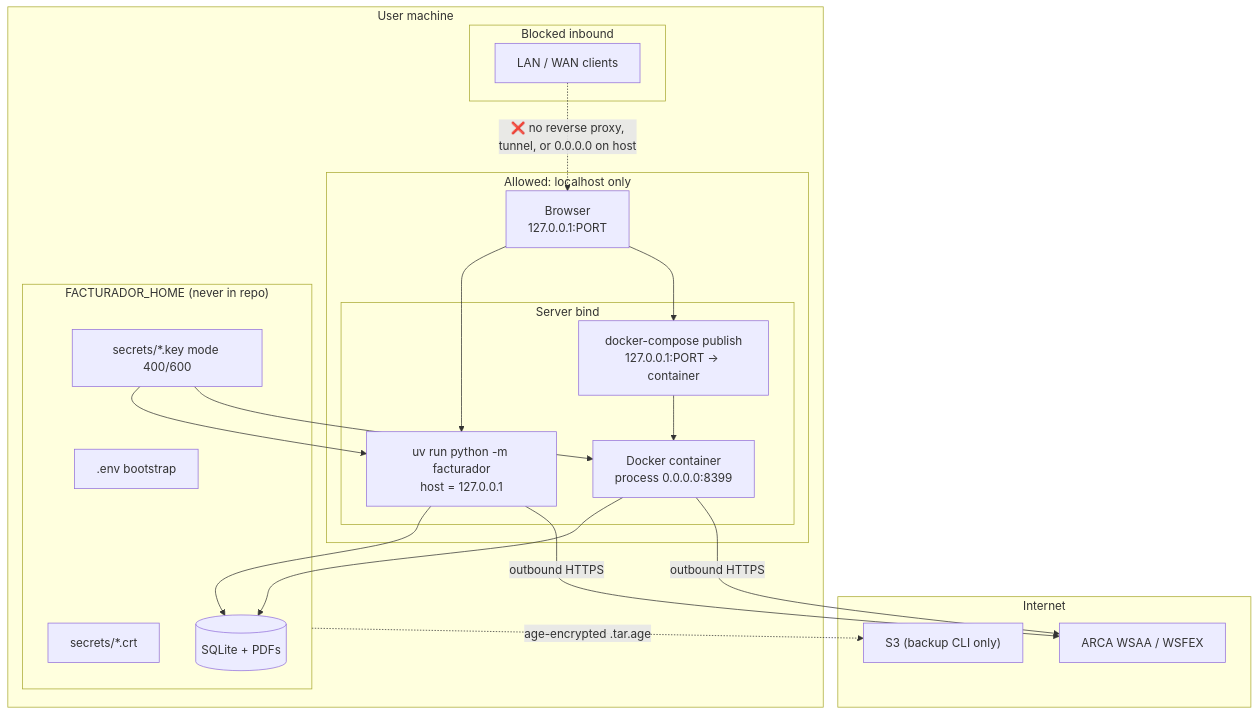
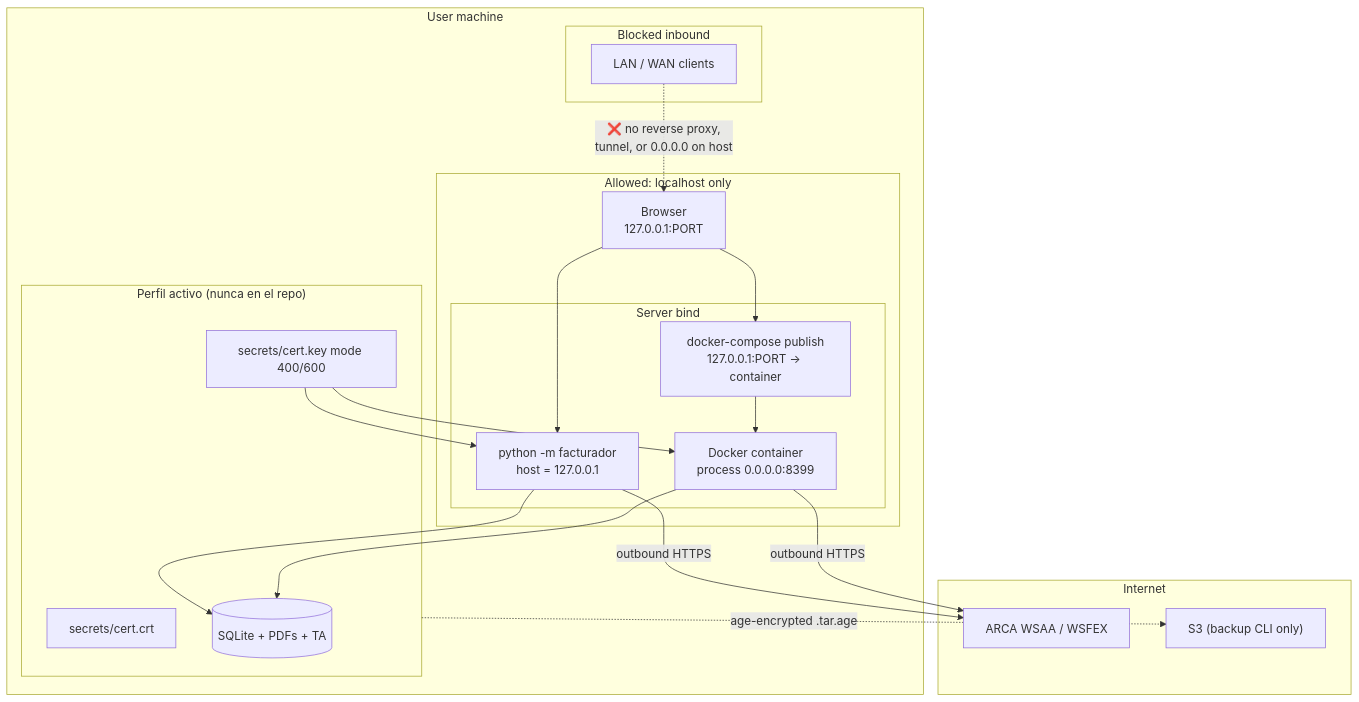
The seventh of 7 diagrams in docs/agent/architecture-graphs.md (FacundoTripelhorn/facturadorE), drawn with Mermaid before and after one commit. The commit also changed other lines of this file and 10 other files, not shown here.

````diff
--- a/docs/agent/architecture-graphs.md
+++ b/docs/agent/architecture-graphs.md
@@ -302,41 +333,40 @@
 ```mermaid
 flowchart TB
   subgraph internet["Internet"]
     ARCA["ARCA WSAA / WSFEX"]
     S3["S3 (backup CLI only)"]
   end
 
   subgraph host["User machine"]
     subgraph blocked["Blocked inbound"]
       NET["LAN / WAN clients"]
     end
 
     subgraph allowed_local["Allowed: localhost only"]
       BROWSER["Browser<br/>127.0.0.1:PORT"]
       subgraph bind["Server bind"]
-        NATIVE["uv run python -m facturador<br/>host = 127.0.0.1"]
+        NATIVE["python -m facturador<br/>host = 127.0.0.1"]
         DOCKER["Docker container<br/>process 0.0.0.0:8399"]
         PUBLISH["docker-compose publish<br/>127.0.0.1:PORT → container"]
       end
     end
 
-  subgraph secrets["FACTURADOR_HOME (never in repo)"]
-      ENV[".env bootstrap"]
-      KEY["secrets/*.key mode 400/600"]
-      CRT["secrets/*.crt"]
-      DB[("SQLite + PDFs")]
+    subgraph secrets["Perfil activo (nunca en el repo)"]
+      KEY["secrets/cert.key mode 400/600"]
+      CRT["secrets/cert.crt"]
+      DB[("SQLite + PDFs + TA")]
     end
   end
 
   NET -.->|"❌ no reverse proxy,<br/>tunnel, or 0.0.0.0 on host"| BROWSER
   BROWSER --> NATIVE
   BROWSER --> PUBLISH
   PUBLISH --> DOCKER
   NATIVE --> DB
   DOCKER --> DB
   KEY --> NATIVE
   KEY --> DOCKER
   NATIVE -->|"outbound HTTPS"| ARCA
   DOCKER -->|"outbound HTTPS"| ARCA
   secrets -.->|"age-encrypted .tar.age"| S3
 ```
````
